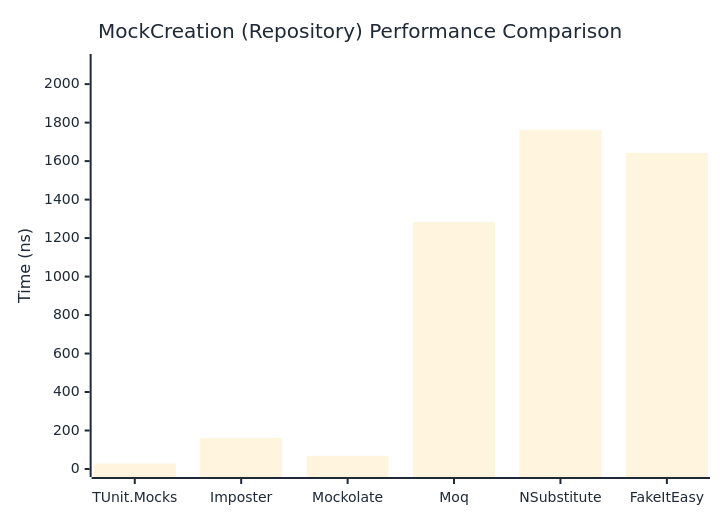
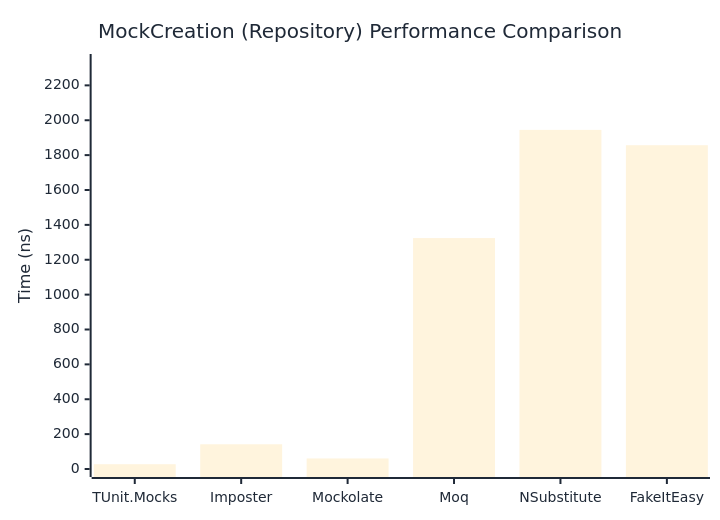
Before and after one commit to thomhurst/TUnit: the second of 2 diagrams in docs/docs/benchmarks/mocks/MockCreation.md, drawn with Mermaid. The commit also changed other lines of this file and 14 other files, not shown here.

````diff
--- a/docs/docs/benchmarks/mocks/MockCreation.md
+++ b/docs/docs/benchmarks/mocks/MockCreation.md
@@ -69,27 +69,27 @@
 ```mermaid
 %%{init: {
   'theme':'base',
   'themeVariables': {
     'primaryColor': '#2563eb',
     'primaryTextColor': '#1f2937',
     'primaryBorderColor': '#1e40af',
     'lineColor': '#6b7280',
     'secondaryColor': '#7c3aed',
     'tertiaryColor': '#dc2626',
     'background': '#ffffff',
     'pie1': '#2563eb',
     'pie2': '#7c3aed',
     'pie3': '#dc2626',
     'pie4': '#f59e0b',
     'pie5': '#10b981',
     'pie6': '#06b6d4',
     'pie7': '#ec4899',
     'pie8': '#6366f1'
   }
 }}%%
 xychart-beta
   title "MockCreation (Repository) Performance Comparison"
   x-axis ["TUnit.Mocks", "Imposter", "Mockolate", "Moq", "NSubstitute", "FakeItEasy"]
-  y-axis "Time (ns)" 0 --> 2115
-  bar [28.43, 161.19, 68.49, 1283, 1762.48, 1642.78]
+  y-axis "Time (ns)" 0 --> 2334
+  bar [27.37, 141.79, 60.47, 1324.35, 1944.78, 1856.8]
 ```
````
